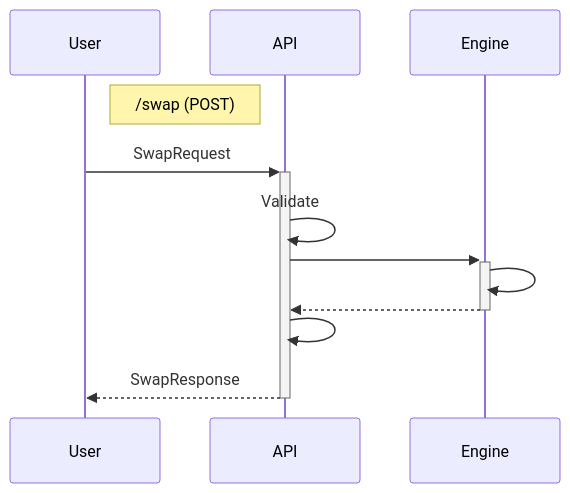
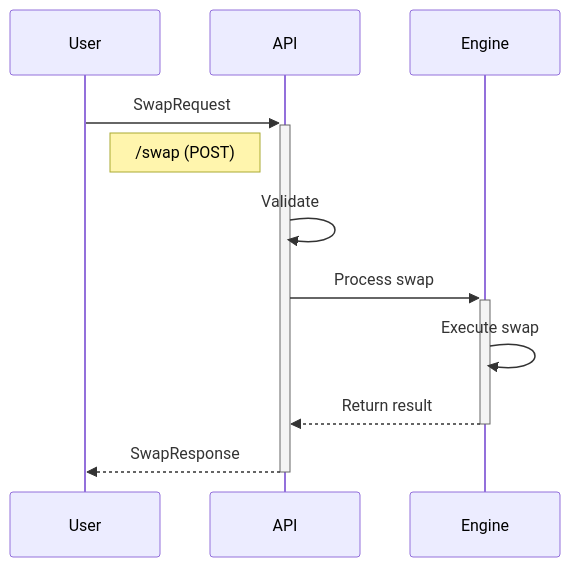
The second of 2 diagrams in README.md (aori-io/aori-ts), drawn with Mermaid before and after one commit. The commit also changed other lines of this file, not shown here.

Commit message:
mermaid diagrams

````diff
--- a/README.md
+++ b/README.md
@@ -96,14 +95,13 @@
 ```mermaid
 sequenceDiagram
     participant U as User
     participant API
     participant E as Engine
+    U->>+API: SwapRequest
     note right of U: /swap (POST)
-    U->>+API: SwapRequest
     API->>API: Validate
-    API->>+E:
-    E->>E:
-    E-->>-API:
-    API->>API:
+    API->>+E: Process swap
+    E->>E: Execute swap
+    E-->>-API: Return result
     API-->>-U: SwapResponse
 ```
````
